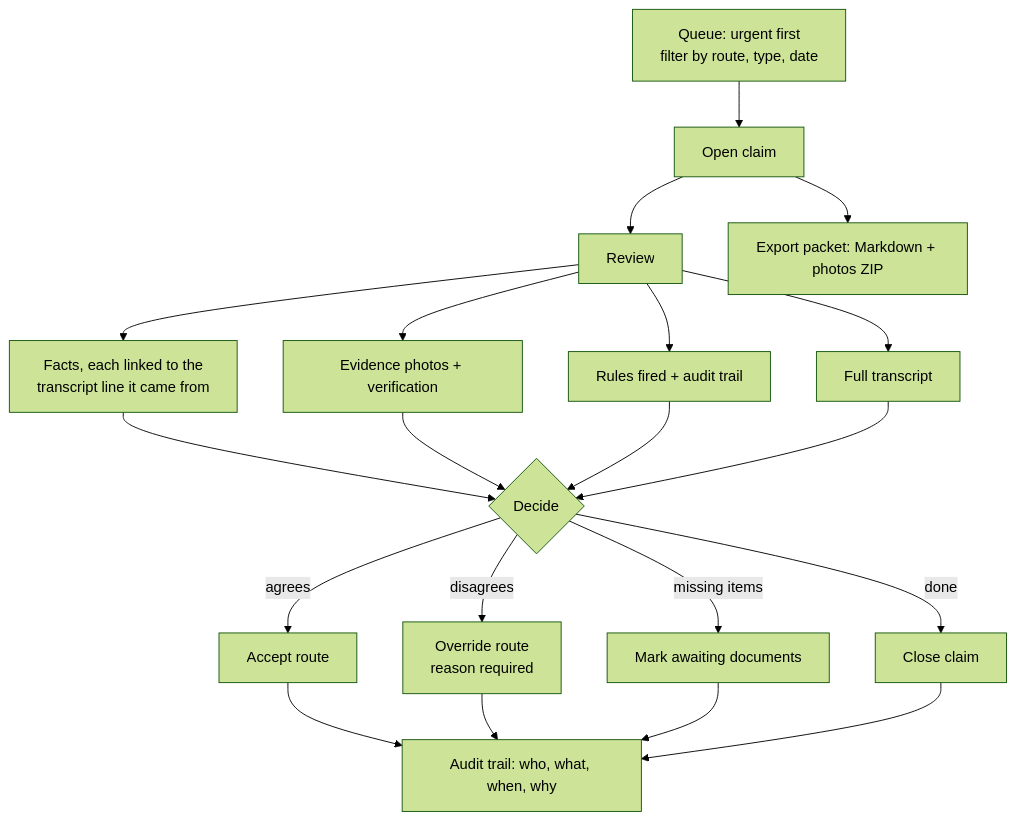
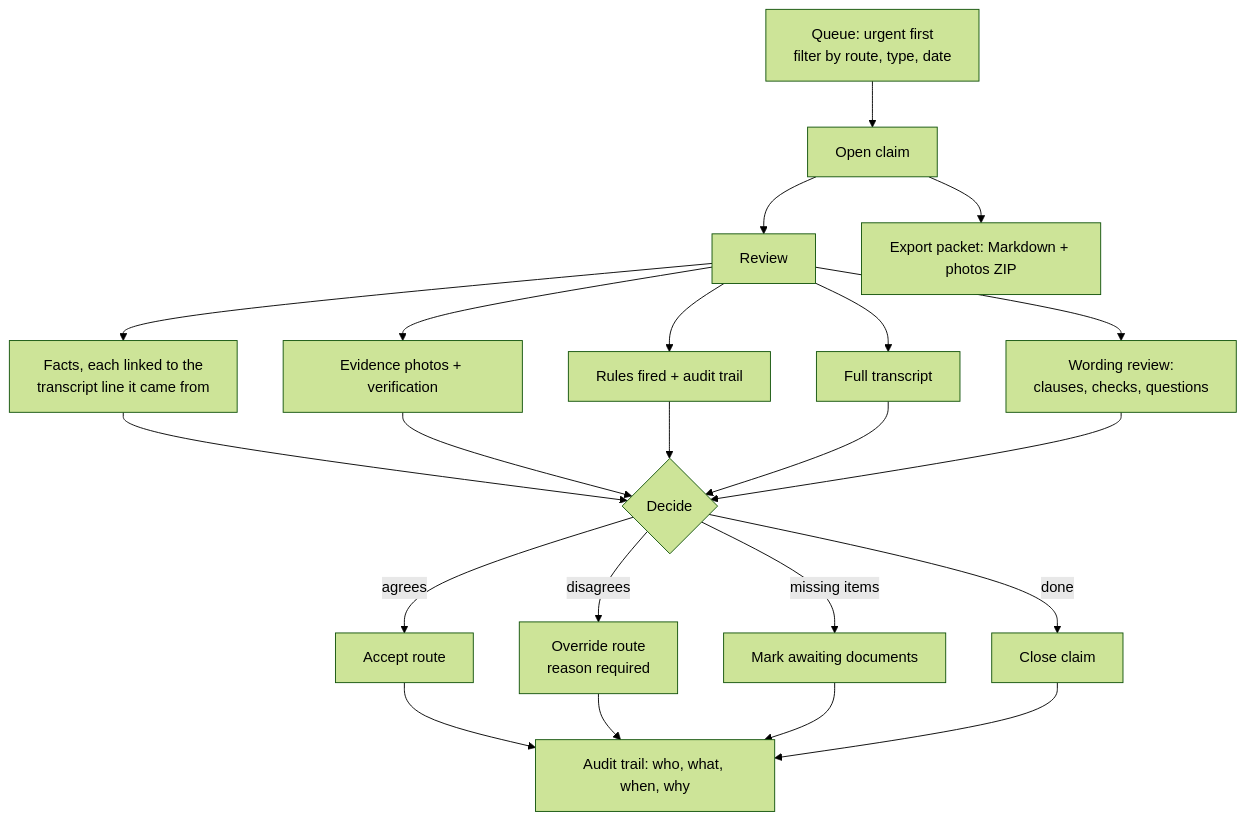
Before and after one commit to nikharjajoo-tech/claimmate: the sixth of 9 diagrams in docs/05-user-workflows.md, drawn with Mermaid (forest theme). The commit also changed other lines of this file and 5 other files, not shown here.

````diff
--- a/docs/05-user-workflows.md
+++ b/docs/05-user-workflows.md
@@ -177,16 +177,17 @@
 ```mermaid
 flowchart TD
     Q[Queue: urgent first<br/>filter by route, type, date] --> O[Open claim]
     O --> R[Review]
     R --> R1[Facts, each linked to the<br/>transcript line it came from]
     R --> R2[Evidence photos + verification]
     R --> R3[Rules fired + audit trail]
     R --> R4[Full transcript]
-    R1 & R2 & R3 & R4 --> D{Decide}
+    R --> R5[Wording review:<br/>clauses, checks, questions]
+    R1 & R2 & R3 & R4 & R5 --> D{Decide}
     D -- agrees --> AC[Accept route]
     D -- disagrees --> OV[Override route<br/>reason required]
     D -- missing items --> RD[Mark awaiting documents]
     D -- done --> CL[Close claim]
     AC & OV & RD & CL --> AU[Audit trail: who, what, when, why]
     O --> EX[Export packet: Markdown + photos ZIP]
 ```
````
